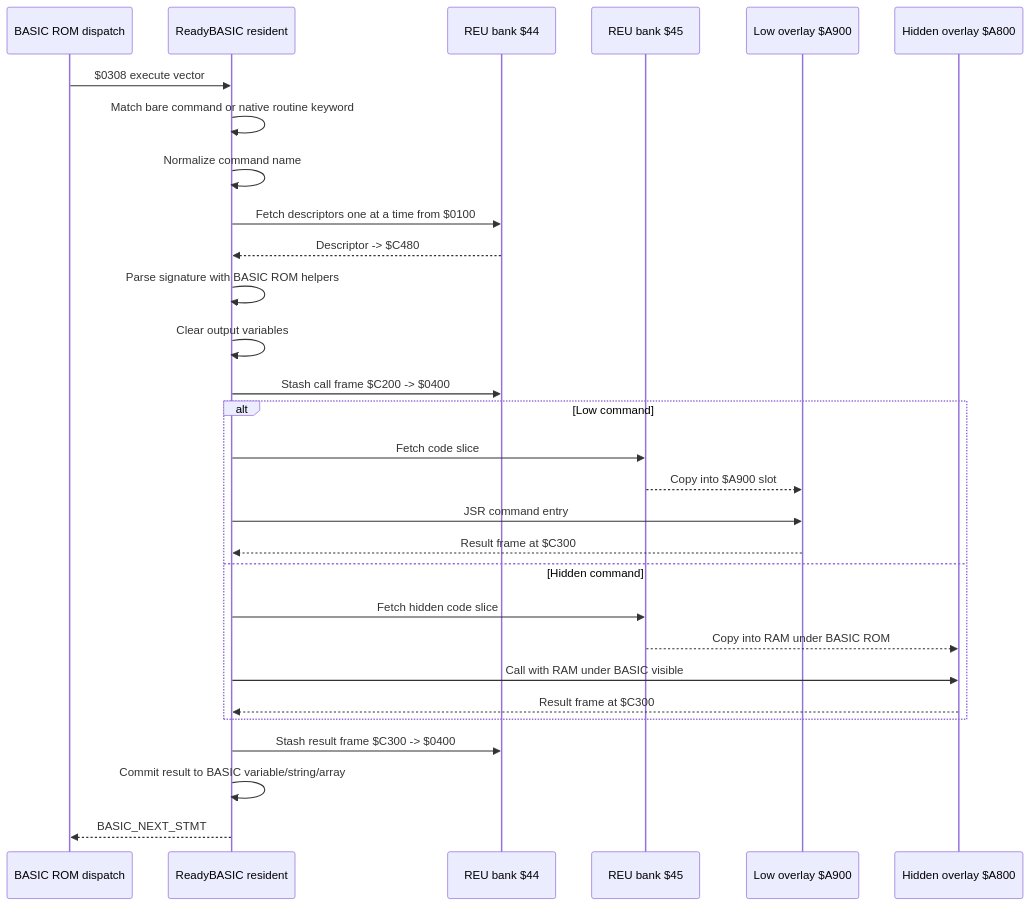
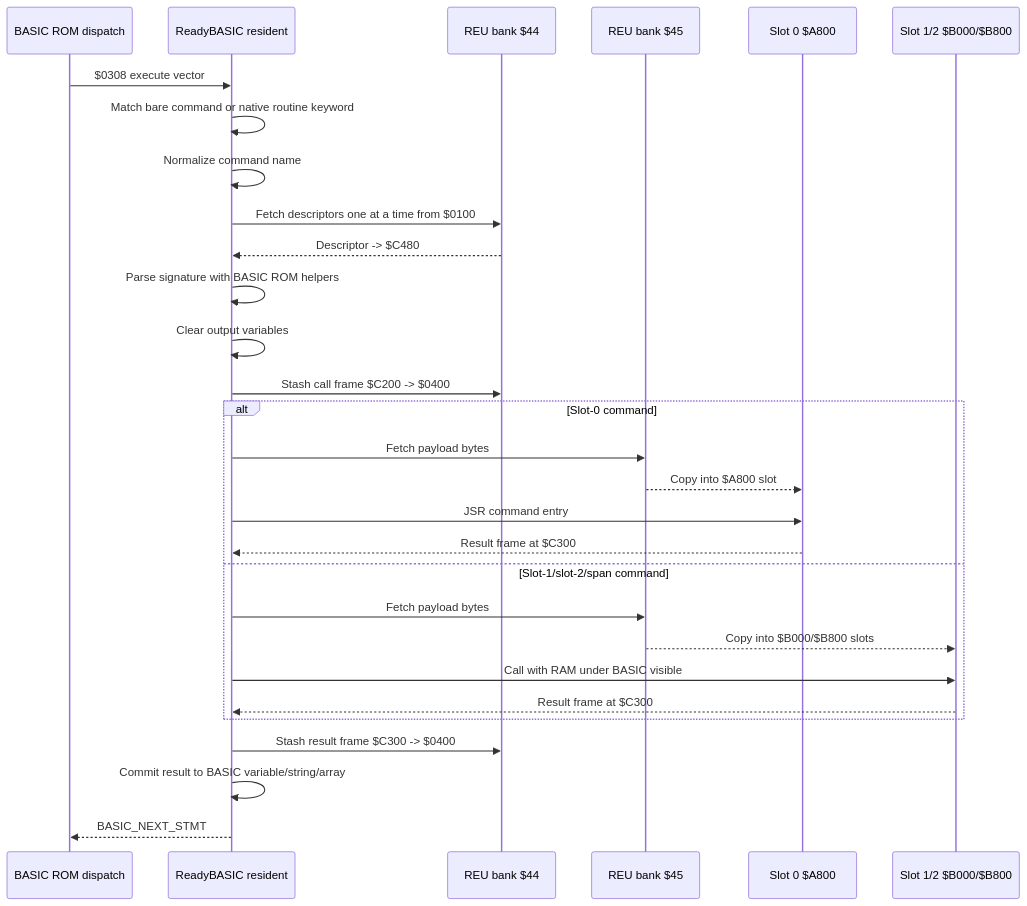
Before and after one commit to 123Onetwothree123/6502: the seventh of 8 diagrams in src/apps/readybasic/READYBASIC_LIFECYCLE_AND_REU_ARCHITECTURE.md, drawn with Mermaid. The commit also changed other lines of this file and 10 other files, not shown here.

Commit message:
docs: update ReadyBASIC memory diagrams

````diff
--- a/src/apps/readybasic/READYBASIC_LIFECYCLE_AND_REU_ARCHITECTURE.md
+++ b/src/apps/readybasic/READYBASIC_LIFECYCLE_AND_REU_ARCHITECTURE.md
@@ -492,32 +512,32 @@
 ```mermaid
 sequenceDiagram
   participant BASIC as BASIC ROM dispatch
   participant RES as ReadyBASIC resident
   participant R44 as REU bank $44
   participant R45 as REU bank $45
-  participant LOW as Low overlay $A900
-  participant HID as Hidden overlay $A800
+  participant LOW as Slot 0 $A800
+  participant HID as Slot 1/2 $B000/$B800
 
   BASIC->>RES: $0308 execute vector
   RES->>RES: Match bare command or native routine keyword
   RES->>RES: Normalize command name
   RES->>R44: Fetch descriptors one at a time from $0100
   R44-->>RES: Descriptor -> $C480
   RES->>RES: Parse signature with BASIC ROM helpers
   RES->>RES: Clear output variables
   RES->>R44: Stash call frame $C200 -> $0400
-  alt Low command
-    RES->>R45: Fetch code slice
-    R45-->>LOW: Copy into $A900 slot
+  alt Slot-0 command
+    RES->>R45: Fetch payload bytes
+    R45-->>LOW: Copy into $A800 slot
     RES->>LOW: JSR command entry
     LOW-->>RES: Result frame at $C300
-  else Hidden command
-    RES->>R45: Fetch hidden code slice
-    R45-->>HID: Copy into RAM under BASIC ROM
+  else Slot-1/slot-2/span command
+    RES->>R45: Fetch payload bytes
+    R45-->>HID: Copy into $B000/$B800 slots
     RES->>HID: Call with RAM under BASIC visible
     HID-->>RES: Result frame at $C300
   end
   RES->>R44: Stash result frame $C300 -> $0400
   RES->>RES: Commit result to BASIC variable/string/array
   RES-->>BASIC: BASIC_NEXT_STMT
 ```
````
